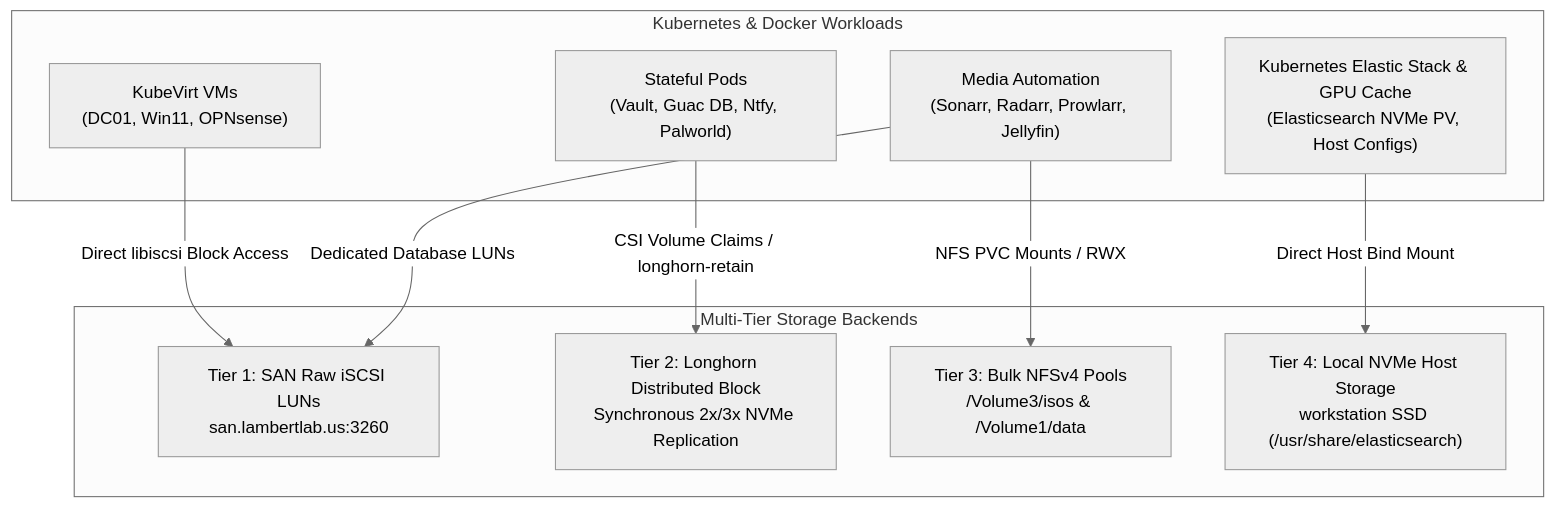
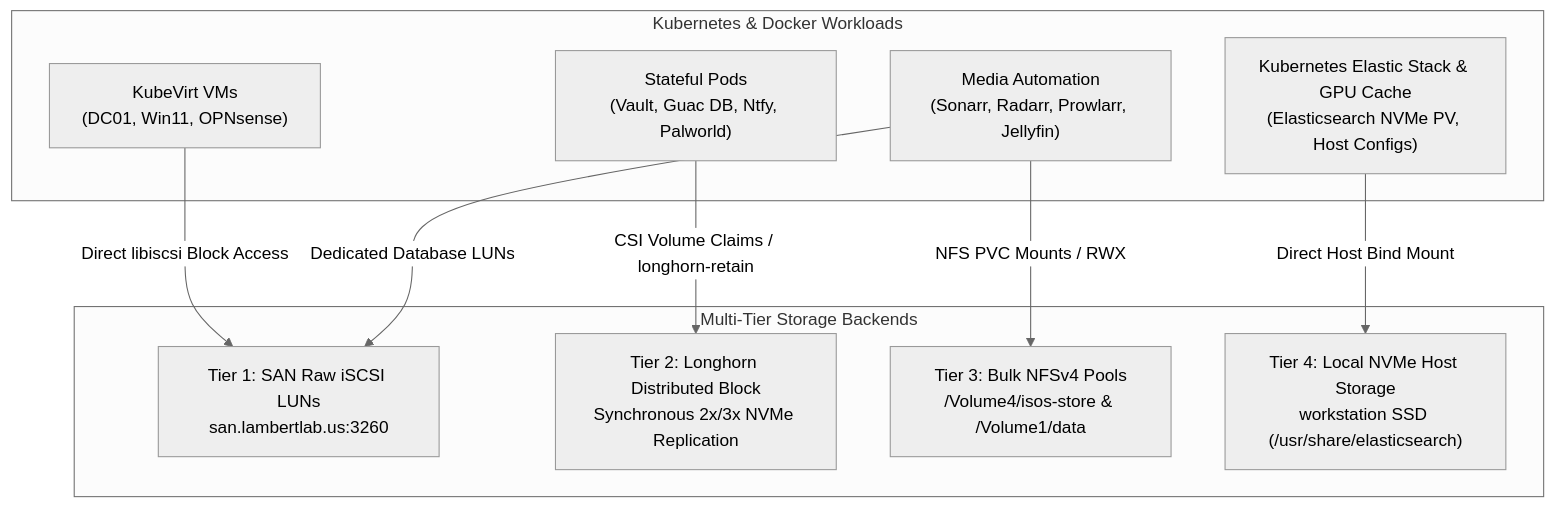
The diagram in docs/architecture/storage.md (ChrisLambert03/homelab), drawn with Mermaid (neutral theme) before and after one commit. The commit also changed other lines of this file and 7 other files, not shown here.

Commit message:
feat(storage): migrate VM installer and driver ISO NFS mounts from Volume3 to Volume4 isos-store

````diff
--- a/docs/architecture/storage.md
+++ b/docs/architecture/storage.md
@@ -9,22 +9,22 @@
 ```mermaid
 graph TD
     subgraph ComputeWorkloads["Kubernetes & Docker Workloads"]
         VMs["KubeVirt VMs<br/>(DC01, Win11, OPNsense)"]
         StatefulPods["Stateful Pods<br/>(Vault, Guac DB, Ntfy, Palworld)"]
         MediaPods["Media Automation<br/>(Sonarr, Radarr, Prowlarr, Jellyfin)"]
         SIEM["Kubernetes Elastic Stack & GPU Cache<br/>(Elasticsearch NVMe PV, Host Configs)"]
     end
 
     subgraph StorageTiers["Multi-Tier Storage Backends"]
         Tier1["Tier 1: SAN Raw iSCSI LUNs<br/>san.lambertlab.us:3260"]
         Tier2["Tier 2: Longhorn Distributed Block<br/>Synchronous 2x/3x NVMe Replication"]
-        Tier3["Tier 3: Bulk NFSv4 Pools<br/>/Volume3/isos & /Volume1/data"]
+        Tier3["Tier 3: Bulk NFSv4 Pools<br/>/Volume4/isos-store & /Volume1/data"]
         Tier4["Tier 4: Local NVMe Host Storage<br/>workstation SSD (/usr/share/elasticsearch)"]
     end
 
     VMs -->|"Direct libiscsi Block Access"| Tier1
     MediaPods -->|"Dedicated Database LUNs"| Tier1
     StatefulPods -->|"CSI Volume Claims / longhorn-retain"| Tier2
     MediaPods -->|"NFS PVC Mounts / RWX"| Tier3
     SIEM -->|"Direct Host Bind Mount"| Tier4
 ```
````
